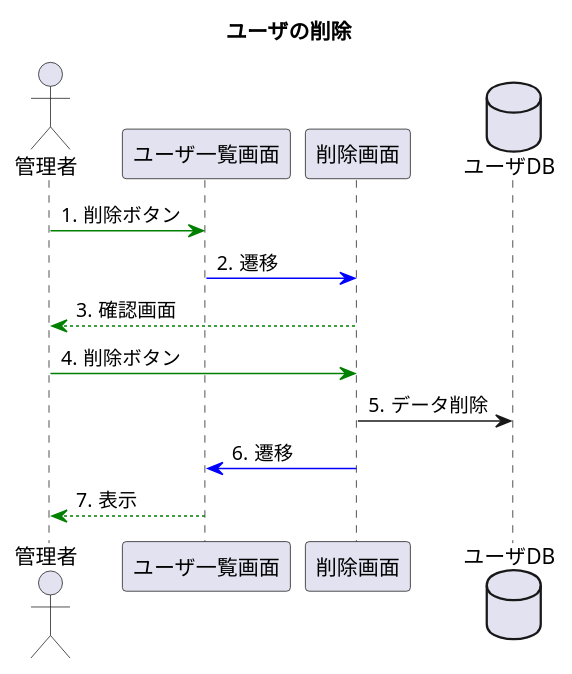
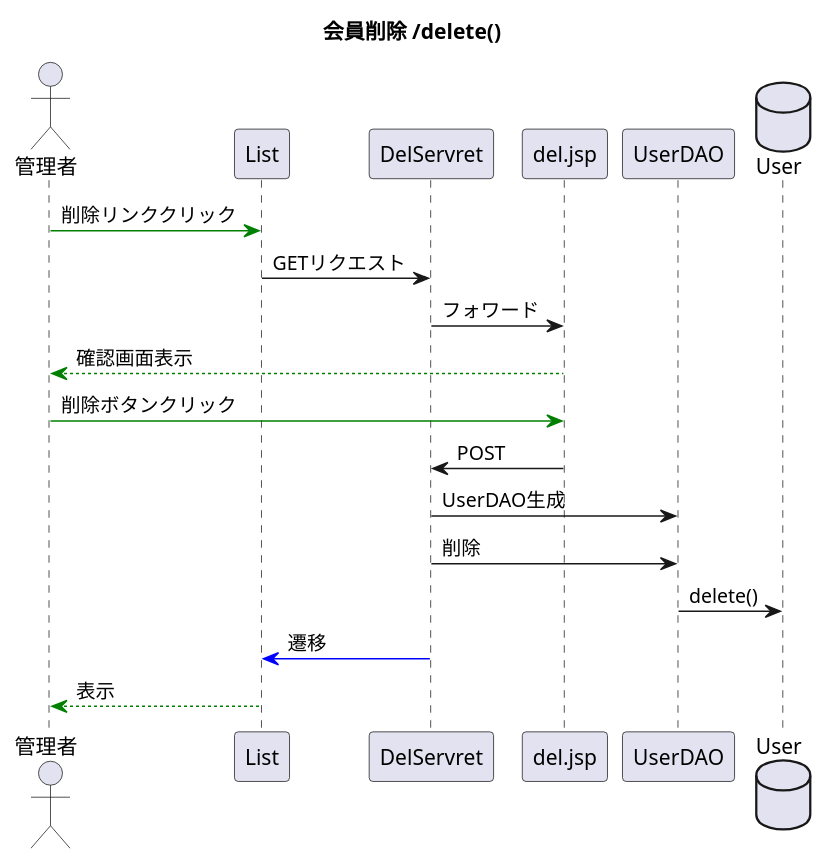
Before and after one commit to toufu66/ProjectC: the diagram in uml_detail/seq_del.pu, drawn with PlantUML.

Commit message:
削除シーケンス図詳細

```diff
--- a/uml_detail/seq_del.pu
+++ b/uml_detail/seq_del.pu
@@ -1,19 +1,18 @@
 @startuml
-title ユーザの削除
+title 会員削除 /delete()
+actor 管理者
+database User
 
-autonumber "#."
-
-actor 管理者
-participant ユーザ一覧画面
-participant 削除画面
-database ユーザDB
-
-
-管理者 -[#green]> ユーザ一覧画面:削除ボタン
-ユーザ一覧画面 -[#blue]> 削除画面:遷移
-削除画面 --[#green]> 管理者:確認画面
-管理者 -[#green]> 削除画面:削除ボタン
-削除画面 -> ユーザDB:データ削除
-削除画面 -[#blue]> ユーザ一覧画面:遷移
-ユーザ一覧画面 --[#green]> 管理者:表示
+管理者 -[#green]> List:削除リンククリック
+List ->DelServret:GETリクエスト
+DelServret -> del.jsp:フォワード
+del.jsp --[#green]> 管理者:確認画面表示
+管理者 -[#green]> del.jsp:削除ボタンクリック
+del.jsp -> DelServret:POST
+DelServret -> UserDAO:UserDAO生成
+DelServret -> UserDAO:削除
+UserDAO -> User:delete()
+DelServret-[#blue]> List:遷移
+List --[#green]> 管理者:表示
+database User
 @enduml
```
